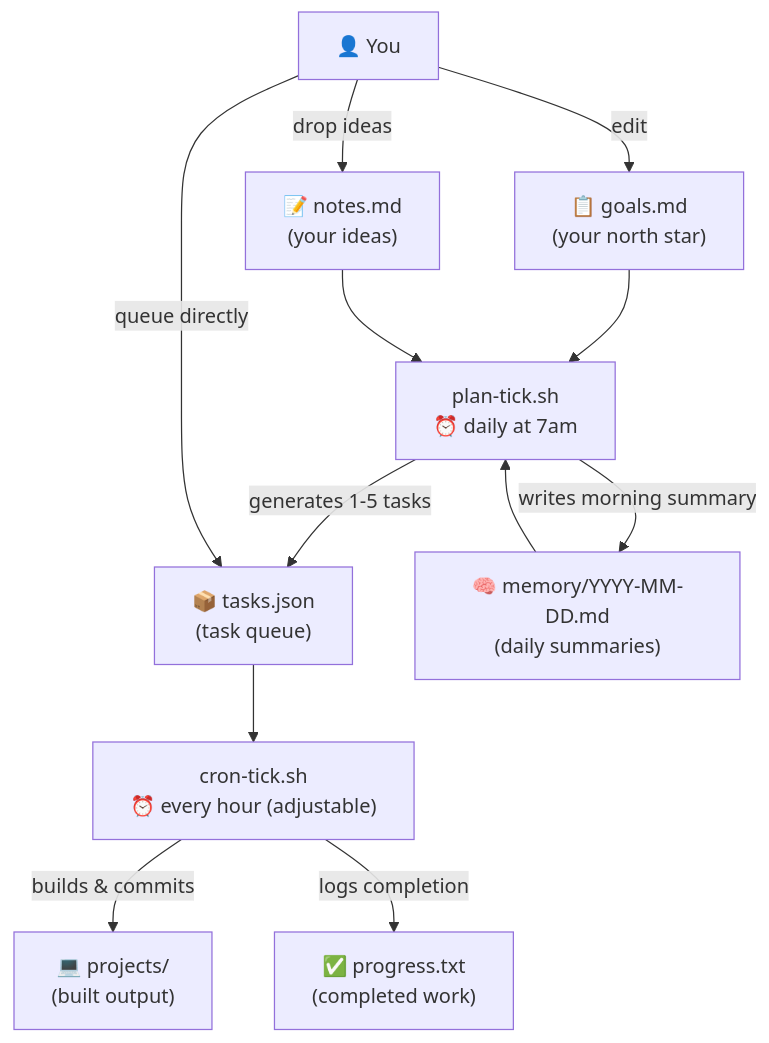
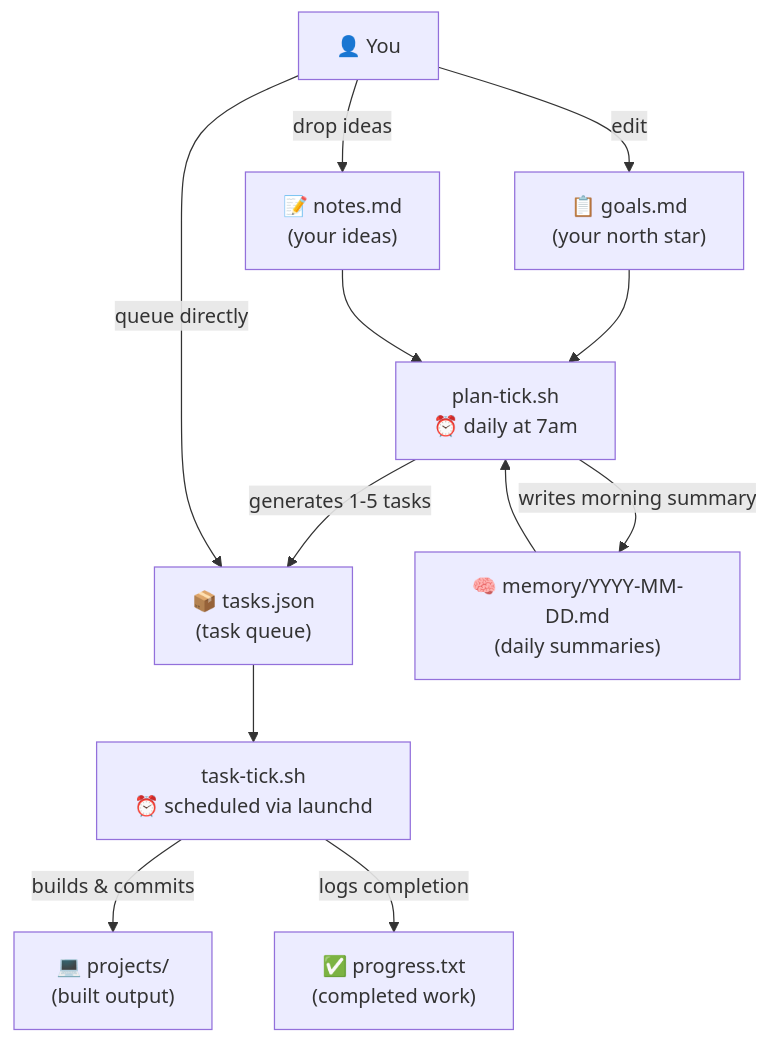
One commit to ben-rogerson/rawrbot changed the diagram in README.md. Above: the diagram before and after it, drawn with Mermaid. The commit also changed other lines of this file and 6 other files, not shown here.

First line of the commit message:
Refactor README and skills to transition from cron to launchd for task scheduling

````diff
--- a/README.md
+++ b/README.md
@@ -9,23 +9,23 @@
 ```mermaid
 flowchart TD
     goals["📋 goals.md\n(your north star)"]
     notes["📝 notes.md\n(your ideas)"]
     tasks["📦 tasks.json\n(task queue)"]
     progress["✅ progress.txt\n(completed work)"]
     memory["🧠 memory/YYYY-MM-DD.md\n(daily summaries)"]
     projects["💻 projects/\n(built output)"]
 
     goals --> plan["plan-tick.sh\n⏰ daily at 7am"]
     notes --> plan
     memory --> plan
     plan -->|"generates 1-5 tasks"| tasks
     plan -->|"writes morning summary"| memory
 
-    tasks --> exec["cron-tick.sh\n⏰ every hour (adjustable)"]
+    tasks --> exec["task-tick.sh\n⏰ scheduled via launchd"]
     exec -->|"builds & commits"| projects
     exec -->|"logs completion"| progress
 
     you["👤 You"] -->|"edit"| goals
     you -->|"drop ideas"| notes
     you -->|"queue directly"| tasks
 ```
````
